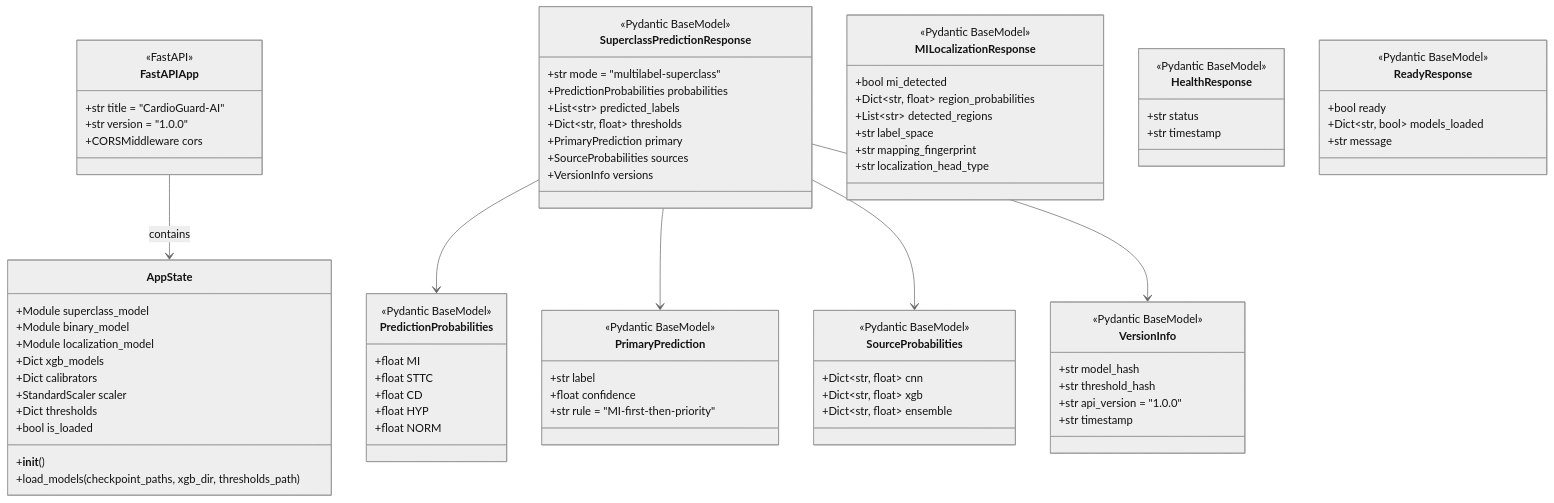
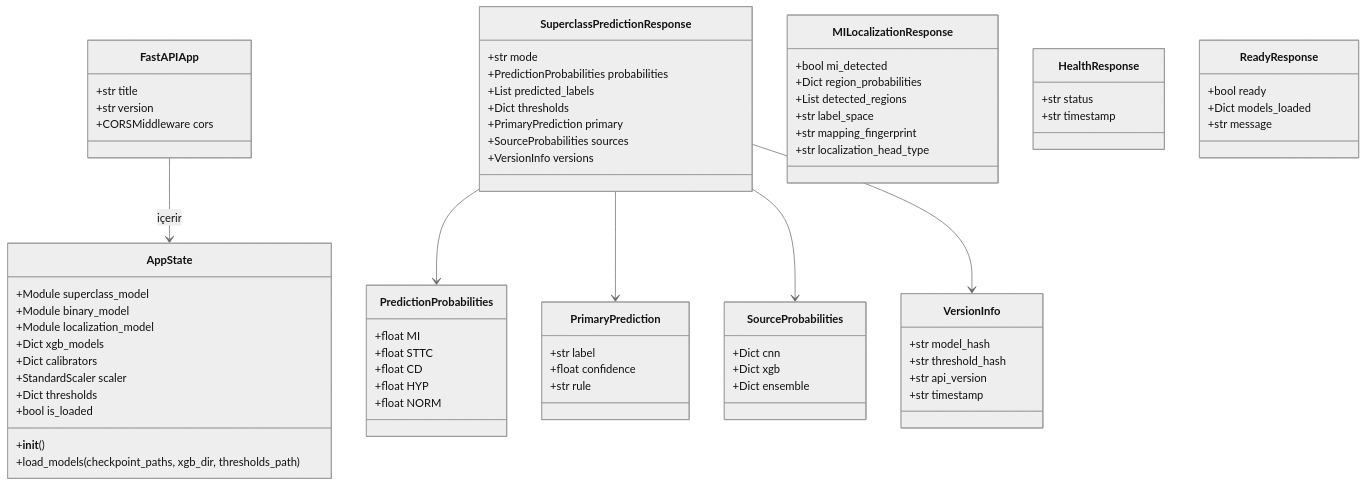
The tenth of 12 diagrams in docs/diagrams/03_class_diagram.md (mUsaulug/CardioGuard-AI), drawn with Mermaid (neutral theme) before and after one commit. The commit also changed other lines of this file and 5 other files, not shown here.

```diff
--- a/docs/diagrams/03_class_diagram.md
+++ b/docs/diagrams/03_class_diagram.md
@@ -537,9 +495,8 @@
     direction TB
     
     class FastAPIApp {
-        <<FastAPI>>
-        +str title = "CardioGuard-AI"
-        +str version = "1.0.0"
+        +str title
+        +str version
         +CORSMiddleware cors
     }
     
@@ -557,7 +514,6 @@
     }
     
     class PredictionProbabilities {
-        <<Pydantic BaseModel>>
         +float MI
         +float STTC
         +float CD
@@ -566,63 +522,55 @@
     }
     
     class PrimaryPrediction {
-        <<Pydantic BaseModel>>
         +str label
         +float confidence
-        +str rule = "MI-first-then-priority"
+        +str rule
     }
     
     class SourceProbabilities {
-        <<Pydantic BaseModel>>
-        +Dict~str, float~ cnn
-        +Dict~str, float~ xgb
-        +Dict~str, float~ ensemble
+        +Dict cnn
+        +Dict xgb
+        +Dict ensemble
     }
     
     class VersionInfo {
-        <<Pydantic BaseModel>>
         +str model_hash
         +str threshold_hash
-        +str api_version = "1.0.0"
+        +str api_version
         +str timestamp
     }
     
     class SuperclassPredictionResponse {
-        <<Pydantic BaseModel>>
-        +str mode = "multilabel-superclass"
+        +str mode
         +PredictionProbabilities probabilities
-        +List~str~ predicted_labels
-        +Dict~str, float~ thresholds
+        +List predicted_labels
+        +Dict thresholds
         +PrimaryPrediction primary
         +SourceProbabilities sources
         +VersionInfo versions
     }
     
     class MILocalizationResponse {
-        <<Pydantic BaseModel>>
         +bool mi_detected
-        +Dict~str, float~ region_probabilities
-        +List~str~ detected_regions
+        +Dict region_probabilities
+        +List detected_regions
         +str label_space
         +str mapping_fingerprint
         +str localization_head_type
     }
     
     class HealthResponse {
-        <<Pydantic BaseModel>>
         +str status
         +str timestamp
     }
     
     class ReadyResponse {
-        <<Pydantic BaseModel>>
         +bool ready
-        +Dict~str, bool~ models_loaded
+        +Dict models_loaded
         +str message
     }
     
-    %% İlişkiler
-    FastAPIApp --> AppState : contains
+    FastAPIApp --> AppState : içerir
     SuperclassPredictionResponse --> PredictionProbabilities
     SuperclassPredictionResponse --> PrimaryPrediction
     SuperclassPredictionResponse --> SourceProbabilities
```
